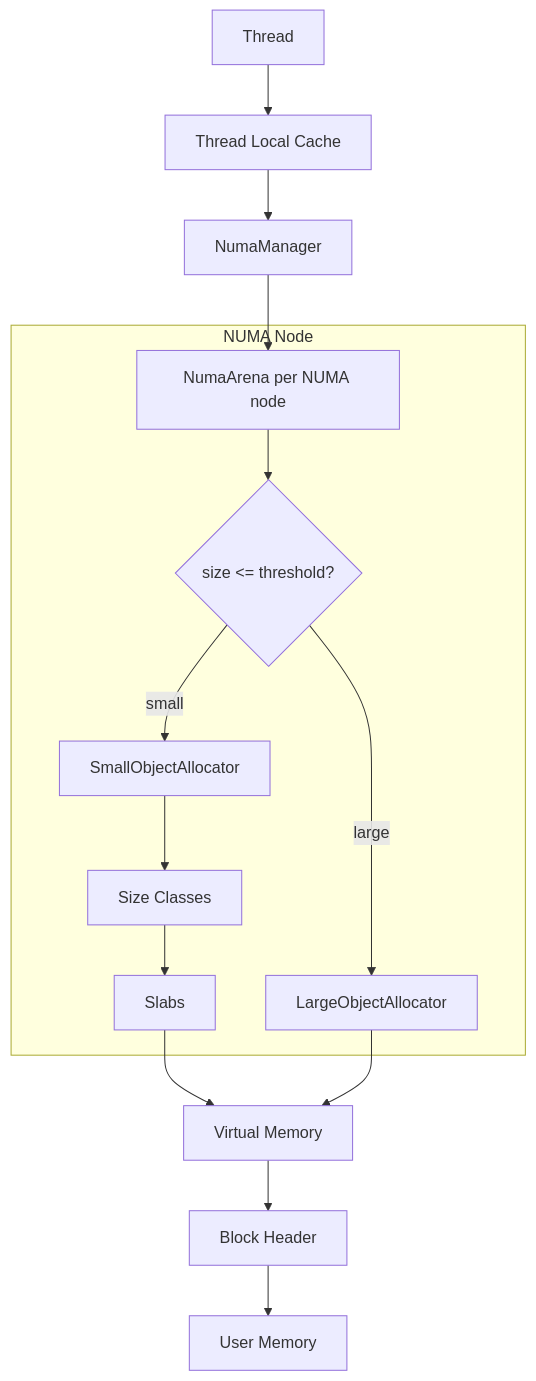
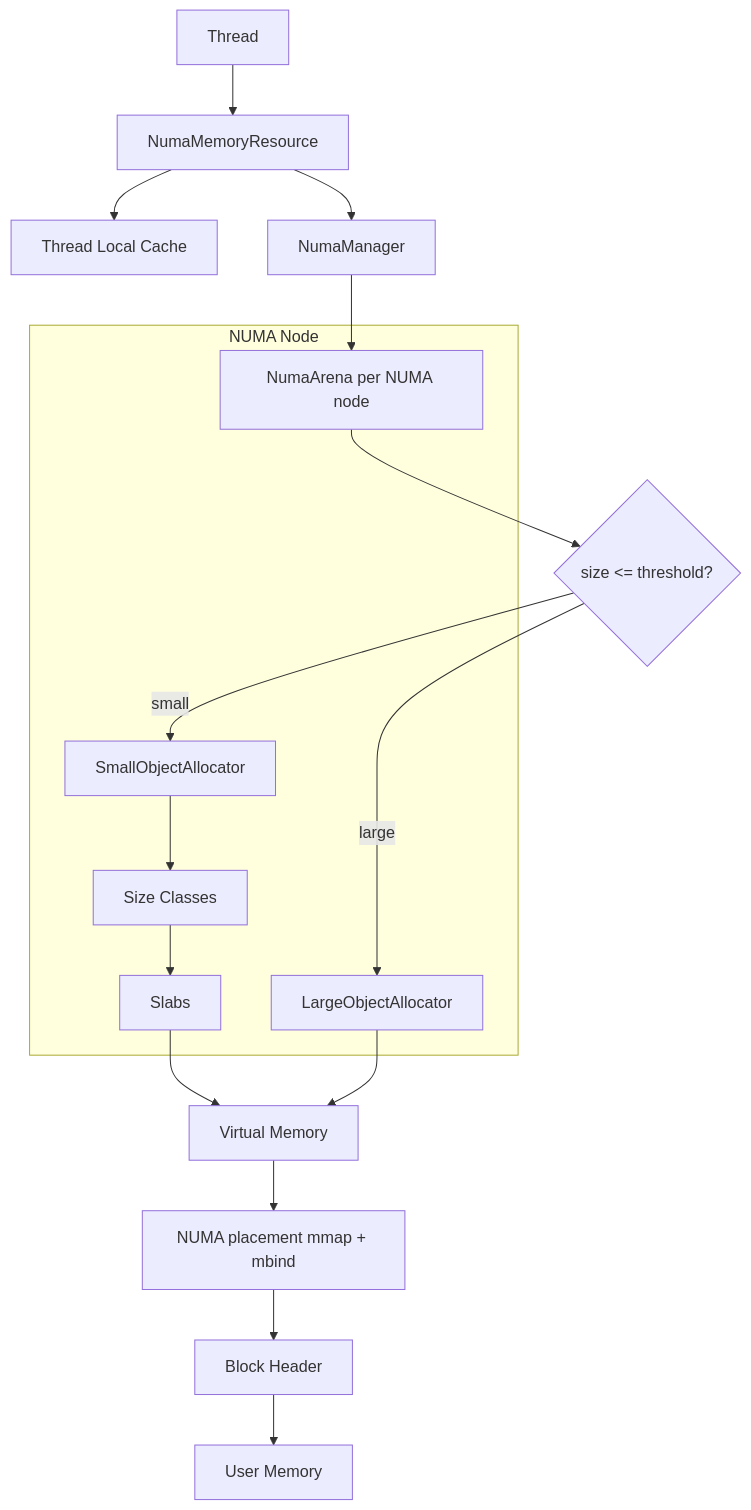
Before and after one commit to donar337/numa-pmr: the diagram in graphic/layers.md, drawn with Mermaid. The commit also changed 12 other files, not shown here.

````diff
--- a/graphic/layers.md
+++ b/graphic/layers.md
@@ -1,32 +1,37 @@
 ```mermaid
 flowchart TD
-    T[Thread] --> TLC[Thread Local Cache]
 
-    TLC --> NM[NumaManager]
+    T[Thread]
+
+    T --> PMR[NumaMemoryResource]
+
+    PMR --> TLC[Thread Local Cache]
+
+    PMR --> NM[NumaManager]
 
     NM --> NA[NumaArena per NUMA node]
 
     NA --> DEC{size <= threshold?}
 
     DEC -- small --> SOA[SmallObjectAllocator]
     DEC -- large --> LOA[LargeObjectAllocator]
 
     SOA --> SC[Size Classes]
     SC --> SL[Slabs]
 
     SL --> VM[Virtual Memory]
-
     LOA --> VM
 
-    VM --> BH[Block Header]
+    VM --> NUMA[NUMA placement mmap + mbind]
+
+    NUMA --> BH[Block Header]
     BH --> UM[User Memory]
 
     subgraph NUMA Node
         NA
         SOA
         SC
         SL
         LOA
-        DEC
     end
 ```
````
